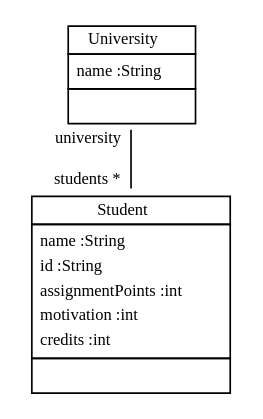
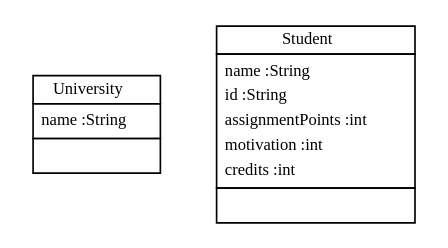
The diagram in doc/StudyRight with assignments class generationClassDiagram4.dot (fujaba/SDMLib), drawn with Graphviz before and after one commit. The commit also changed 35 other files, not shown here.

```diff
--- a/doc/StudyRight with assignments class generationClassDiagram4.dot
+++ b/doc/StudyRight with assignments class generationClassDiagram4.dot
@@ -1,13 +1,12 @@
 
  digraph ClassDiagram {
     node [shape = none, fontsize = 10]; 
     edge [fontsize = 10];
     
     
     _University [label=<<table border='0' cellborder='1' cellspacing='0'> <tr> <td HREF="../examples/org/sdmlib/examples/studyrightWithAssignments/University.java">University</td> </tr> <tr><td><table border='0' cellborder='0' cellspacing='0'> <tr><td align='left'>name :String</td></tr>  </table></td></tr> <tr><td><table border='0' cellborder='0' cellspacing='0'> <tr><td> </td></tr> </table></td></tr> </table>>];
     _Student [label=<<table border='0' cellborder='1' cellspacing='0'> <tr> <td HREF="../examples/org/sdmlib/examples/studyrightWithAssignments/Student.java">Student</td> </tr> <tr><td><table border='0' cellborder='0' cellspacing='0'> <tr><td align='left'>name :String</td></tr> <tr><td align='left'>id :String</td></tr> <tr><td align='left'>assignmentPoints :int</td></tr> <tr><td align='left'>motivation :int</td></tr> <tr><td align='left'>credits :int</td></tr>  </table></td></tr> <tr><td><table border='0' cellborder='0' cellspacing='0'> <tr><td> </td></tr> </table></td></tr> </table>>];
     
     
     
-    _University -> _Student [headlabel = "students *" taillabel = "university" arrowhead = "none" ];
 }
```
